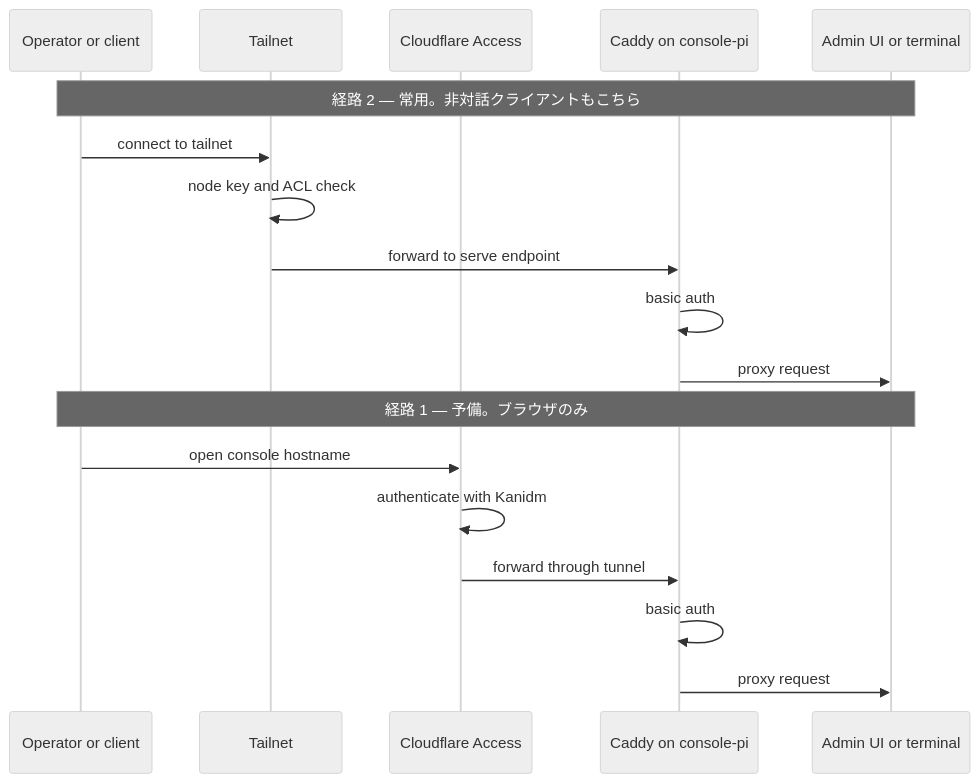
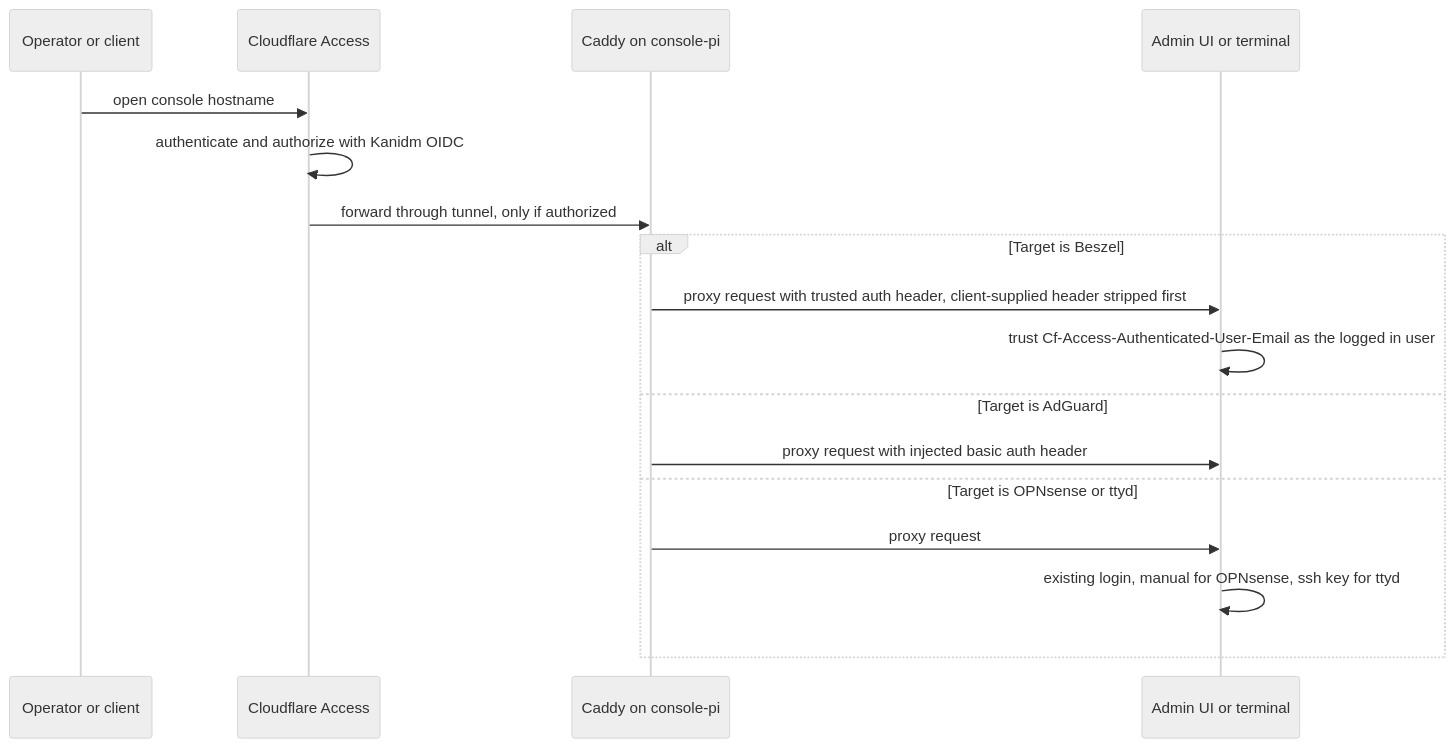
One commit to tom1022/my-home-network changed the second of 5 diagrams in .kiro/specs/admin-plane-rebuild/design.md. Above: the diagram before and after it, drawn with Mermaid (neutral theme). The commit also changed other lines of this file and 26 other files, not shown here.

````diff
--- a/.kiro/specs/admin-plane-rebuild/design.md
+++ b/.kiro/specs/admin-plane-rebuild/design.md
@@ -233,22 +243,21 @@
 ```mermaid
 sequenceDiagram
     participant Op as Operator or client
-    participant TS as Tailnet
     participant CF as Cloudflare Access
     participant Cad as Caddy on console-pi
     participant Target as Admin UI or terminal
 
-    Note over Op,Target: 経路 2 — 常用。非対話クライアントもこちら
-    Op->>TS: connect to tailnet
-    TS->>TS: node key and ACL check
-    TS->>Cad: forward to serve endpoint
-    Cad->>Cad: basic auth
-    Cad->>Target: proxy request
+    Op->>CF: open console hostname
+    CF->>CF: authenticate and authorize with Kanidm OIDC
+    CF->>Cad: forward through tunnel, only if authorized
 
-    Note over Op,Target: 経路 1 — 予備。ブラウザのみ
-    Op->>CF: open console hostname
-    CF->>CF: authenticate with Kanidm
-    CF->>Cad: forward through tunnel
-    Cad->>Cad: basic auth
-    Cad->>Target: proxy request
+    alt Target is Beszel
+        Cad->>Target: proxy request with trusted auth header, client-supplied header stripped first
+        Target->>Target: trust Cf-Access-Authenticated-User-Email as the logged in user
+    else Target is AdGuard
+        Cad->>Target: proxy request with injected basic auth header
+    else Target is OPNsense or ttyd
+        Cad->>Target: proxy request
+        Target->>Target: existing login, manual for OPNsense, ssh key for ttyd
+    end
 ```
````
